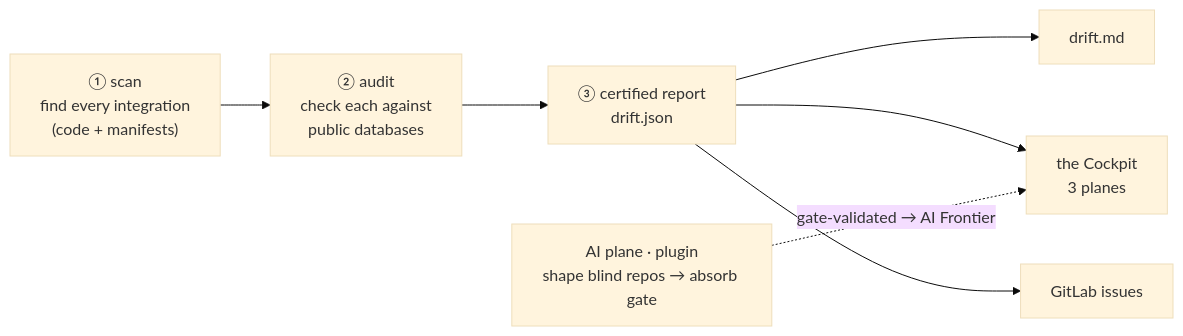
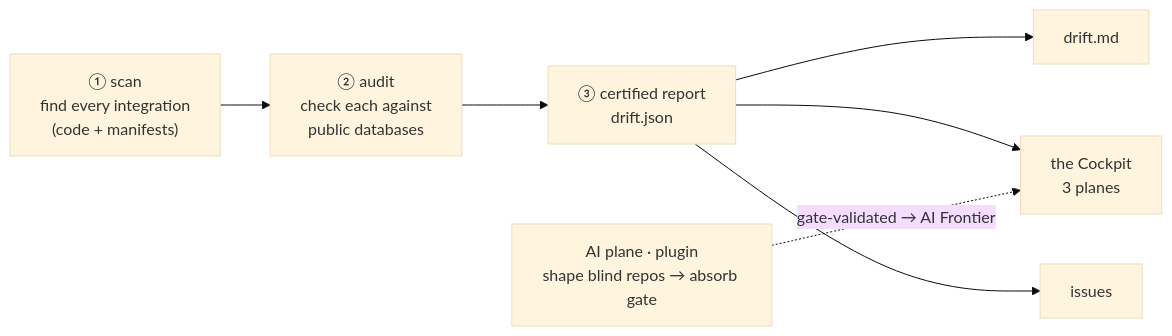
One commit to TOPSinfo/drift-detector-scan changed the first of 2 diagrams in README.md. Above: the diagram before and after it, drawn with Mermaid (base theme). The commit also changed other lines of this file and 1 other file, not shown here.

````diff
--- a/README.md
+++ b/README.md
@@ -187,9 +92,9 @@
 ```mermaid
 flowchart LR
   SCAN["① scan<br/>find every integration<br/>(code + manifests)"] --> AUDIT["② audit<br/>check each against<br/>public databases"]
   AUDIT --> REPORT["③ certified report<br/>drift.json"]
   REPORT --> MD["drift.md"]
   REPORT --> DASH["the Cockpit<br/>3 planes"]
-  REPORT --> ISS["GitLab issues"]
+  REPORT --> ISS["issues"]
   AI["AI plane · plugin<br/>shape blind repos → absorb gate"] -. "gate-validated → AI Frontier" .-> DASH
 ```
````
